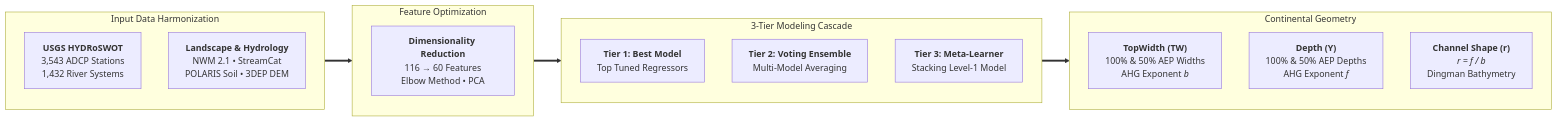
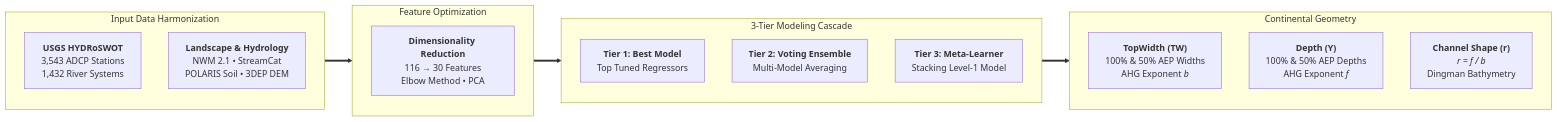
The diagram in docs/v1.0/index.md (arashmodrad/ml_web), drawn with Mermaid before and after one commit. The commit also changed other lines of this file and 33 other files, not shown here.

````diff
--- a/docs/v1.0/index.md
+++ b/docs/v1.0/index.md
@@ -18,34 +18,34 @@
 ```mermaid
 flowchart LR
     subgraph IN ["Input Data Harmonization"]
         direction TB
         ADCP["<b>USGS HYDRoSWOT</b><br/>3,543 ADCP Stations<br/>1,432 River Systems"]
         ENV["<b>Landscape & Hydrology</b><br/>NWM 2.1 &bull; StreamCat<br/>POLARIS Soil &bull; 3DEP DEM"]
     end
 
     subgraph FE ["Feature Optimization"]
         direction TB
-        RED["<b>Dimensionality Reduction</b><br/>116 &rarr; 60 Features<br/>Elbow Method &bull; PCA"]
+        RED["<b>Dimensionality Reduction</b><br/>116 &rarr; 30 Features<br/>Elbow Method &bull; PCA"]
     end
 
     subgraph ML ["3-Tier Modeling Cascade"]
         direction TB
         T1["<b>Tier 1: Best Model</b><br/>Top Tuned Regressors"]
         T2["<b>Tier 2: Voting Ensemble</b><br/>Multi-Model Averaging"]
         T3["<b>Tier 3: Meta-Learner</b><br/>Stacking Level-1 Model"]
     end
 
     subgraph OUT ["Continental Geometry"]
         direction TB
         TW["<b>TopWidth (TW)</b><br/>100% &amp; 50% AEP Widths<br/>AHG Exponent <i>b</i>"]
         DEP["<b>Depth (Y)</b><br/>100% &amp; 50% AEP Depths<br/>AHG Exponent <i>f</i>"]
         SHP["<b>Channel Shape (r)</b><br/><i>r = f / b</i><br/>Dingman Bathymetry"]
     end
 
     IN ==> FE ==> ML ==> OUT
 
     class ADCP highlight-blue;
     class ENV highlight-blue;
     class RED highlight-teal;
     class T3 highlight-orange;
 ```
````
